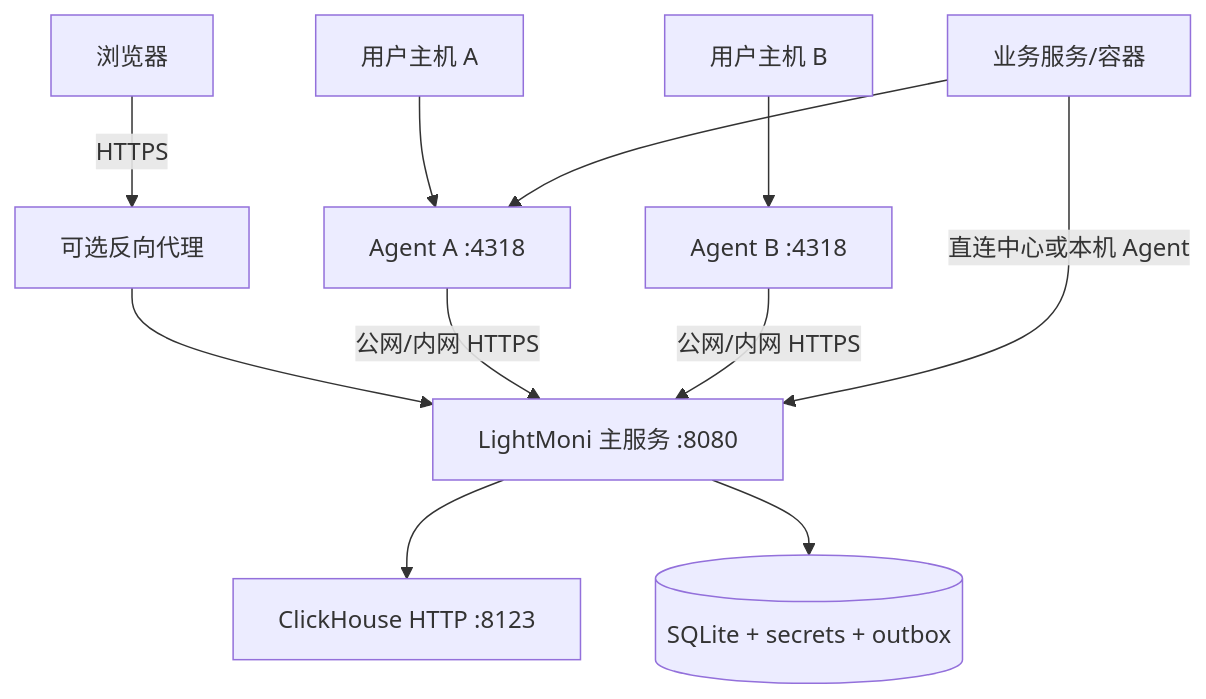
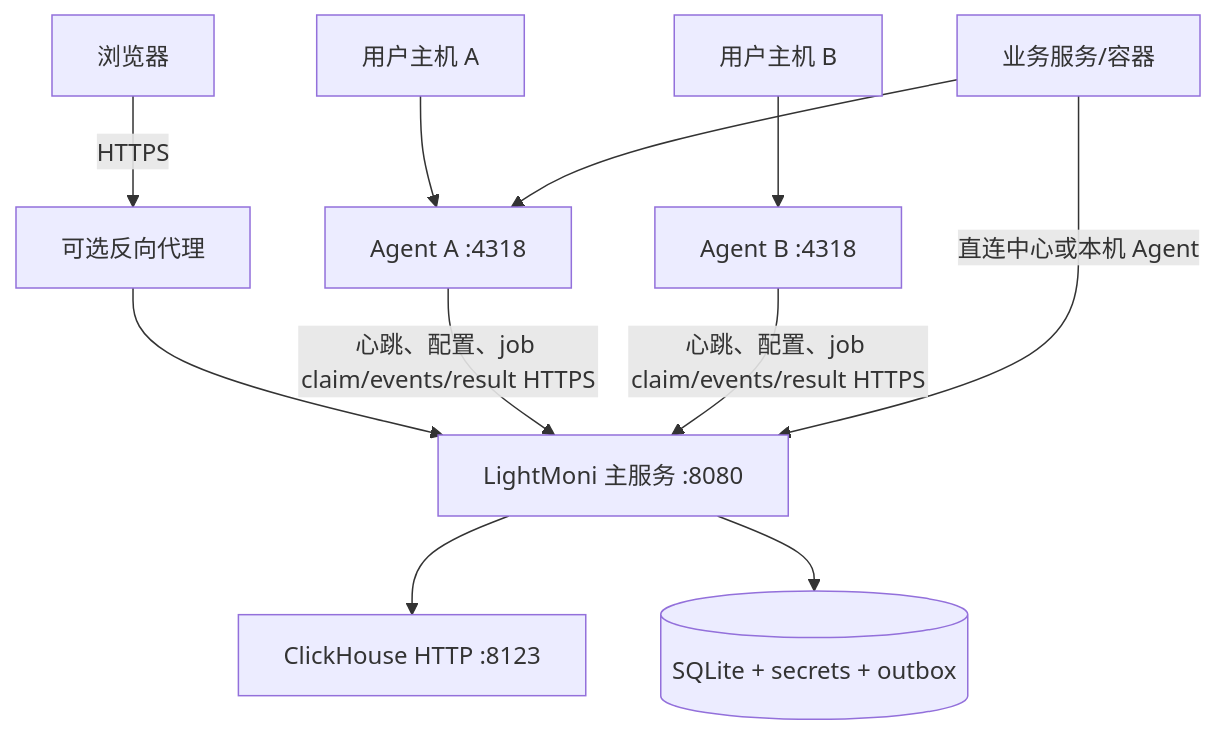
Before and after one commit to workhold/lightmoni: the second of 5 diagrams in docs/system-design.md, drawn with Mermaid. The commit also changed other lines of this file and 13 other files, not shown here.

````diff
--- a/docs/system-design.md
+++ b/docs/system-design.md
@@ -134,13 +134,13 @@
 ```mermaid
 flowchart TB
   Browser[浏览器] -->|HTTPS| Proxy[可选反向代理]
   Proxy --> Center[LightMoni 主服务 :8080]
   Center --> CH[ClickHouse HTTP :8123]
   Center --> State[(SQLite + secrets + outbox)]
   HostA[用户主机 A] --> AgentA[Agent A :4318]
   HostB[用户主机 B] --> AgentB[Agent B :4318]
-  AgentA -->|公网/内网 HTTPS| Center
-  AgentB -->|公网/内网 HTTPS| Center
+  AgentA -->|心跳、配置、job claim/events/result HTTPS| Center
+  AgentB -->|心跳、配置、job claim/events/result HTTPS| Center
   Service[业务服务/容器] -->|直连中心或本机 Agent| Center
   Service --> AgentA
 ```
````
